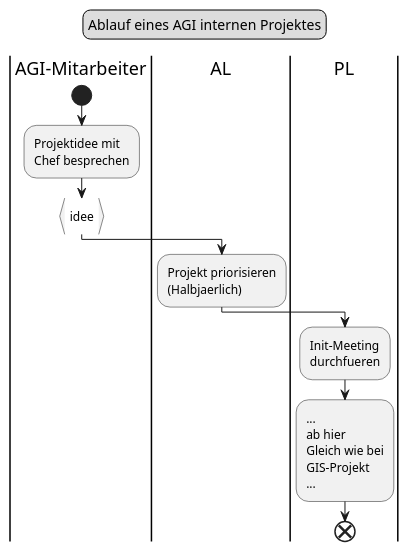
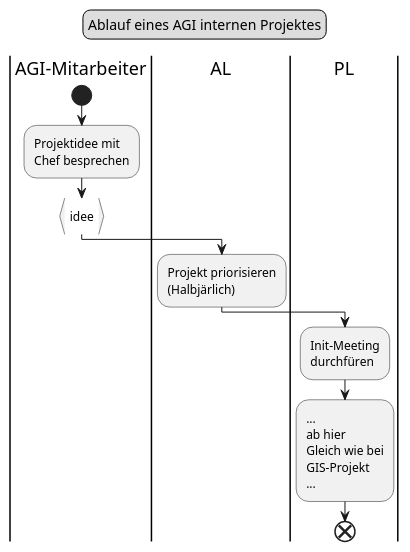
The diagram in puml/src/flow_agiprojekt.puml (ojeker/docktick), drawn with PlantUML before and after one commit. The commit also changed 18 other files, not shown here.

Commit message:
Diagramme mit Umlauten versehen

```diff
--- a/puml/src/flow_agiprojekt.puml
+++ b/puml/src/flow_agiprojekt.puml
@@ -1,22 +1,22 @@
 @startuml
 legend top
 	Ablauf eines AGI internen Projektes
 end legend
 |AGI-Mitarbeiter|
 start
 :Projektidee mit
 Chef besprechen;
 :idee}
 |AL|
 :Projekt priorisieren
-(Halbjaerlich);
+(Halbjärlich);
 |PL|
 :Init-Meeting
-durchfueren;
+durchfüren;
 :...
 ab hier
 Gleich wie bei
 GIS-Projekt
 ...;
 end
 @enduml
```
